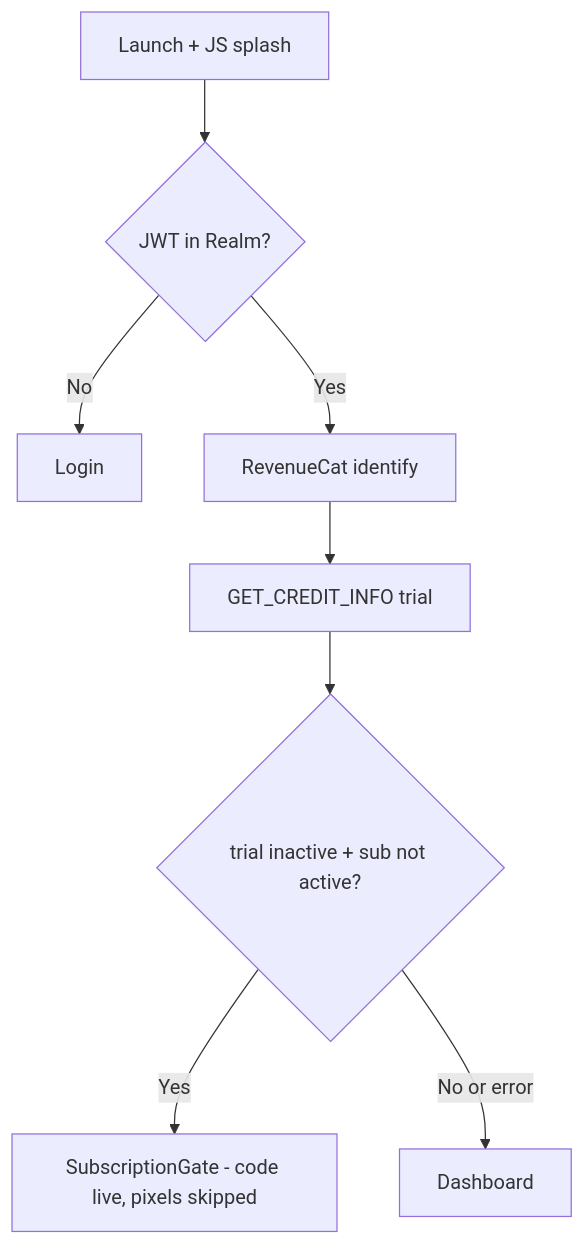
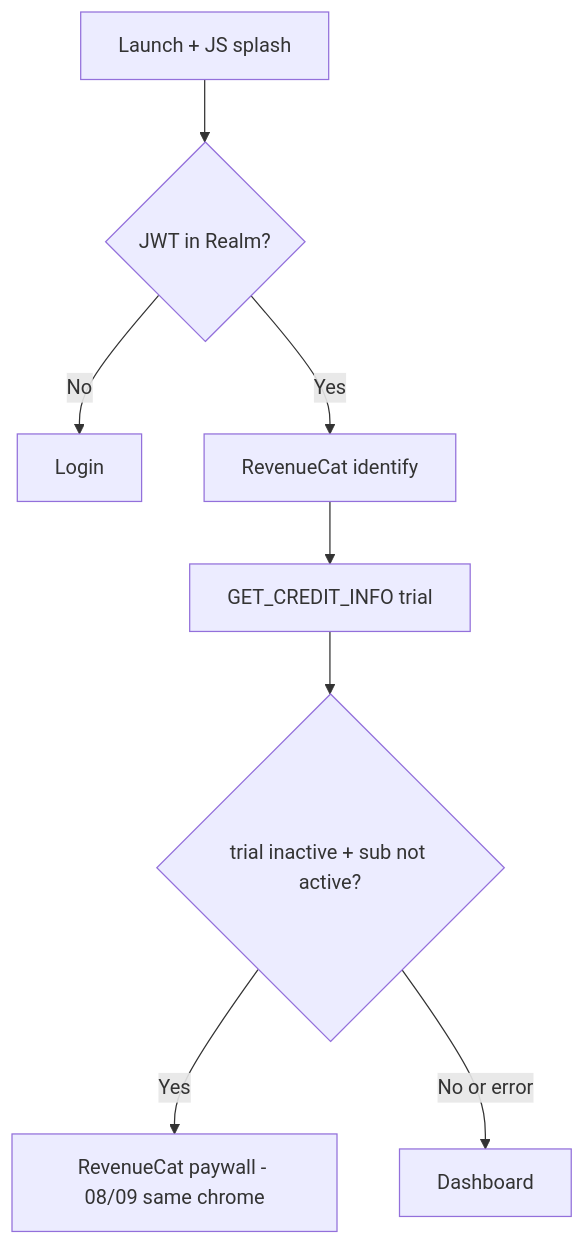
Before and after one commit to DhruvDave01/territorool-ai-brain: the first of 3 diagrams in design/02-User-Interface/Navigation.md, drawn with Mermaid. The commit also changed other lines of this file and 56 other files, not shown here.

First line of the commit message:
Train the mobile design notes from the numbered iOS still pack and wire those notes into the graph.

````diff
--- a/design/02-User-Interface/Navigation.md
+++ b/design/02-User-Interface/Navigation.md
@@ -16,10 +16,10 @@
 ```mermaid
 flowchart TD
   A[Launch + JS splash] --> B{JWT in Realm?}
   B -->|No| L[Login]
   B -->|Yes| C[RevenueCat identify]
   C --> D[GET_CREDIT_INFO trial]
   D --> E{trial inactive + sub not active?}
-  E -->|Yes| G[SubscriptionGate - code live, pixels skipped]
+  E -->|Yes| G[RevenueCat paywall - 08/09 same chrome]
   E -->|No or error| H[Dashboard]
 ```
````
